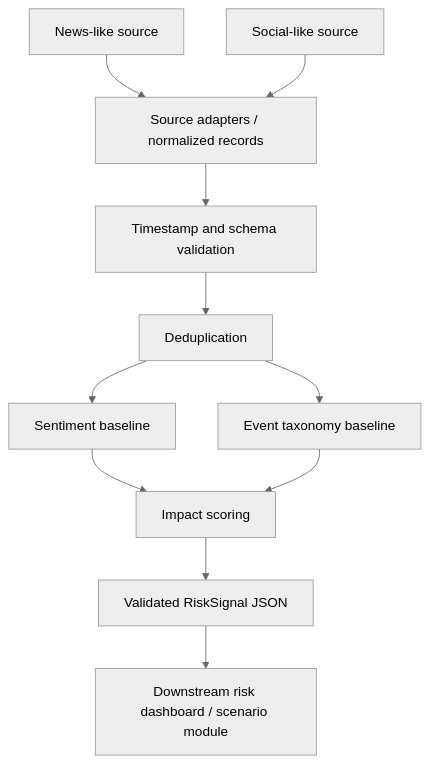
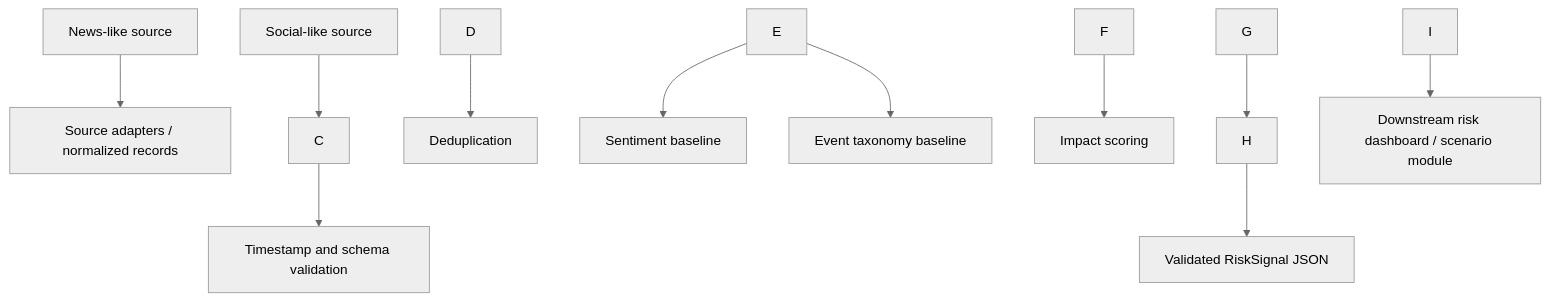
One commit to Tannu-Deswal/IGDTUW-TannuDeswal-hackathon changed the diagram in README.md. Above: the diagram before and after it, drawn with Mermaid (neutral theme). The commit also changed other lines of this file, not shown here.

Commit message:
Document dashboard setup

````diff
--- a/README.md
+++ b/README.md
@@ -13,13 +13,13 @@
 ```mermaid
 flowchart TD
-  A[News-like source] --> C[Source adapters / normalized records]
-  B[Social-like source] --> C
-  C --> D[Timestamp and schema validation]
-  D --> E[Deduplication]
-  E --> F[Sentiment baseline]
-  E --> G[Event taxonomy baseline]
-  F --> H[Impact scoring]
+  A\[News-like source] --> C\[Source adapters / normalized records]
+  B\[Social-like source] --> C
+  C --> D\[Timestamp and schema validation]
+  D --> E\[Deduplication]
+  E --> F\[Sentiment baseline]
+  E --> G\[Event taxonomy baseline]
+  F --> H\[Impact scoring]
   G --> H
-  H --> I[Validated RiskSignal JSON]
-  I --> J[Downstream risk dashboard / scenario module]
+  H --> I\[Validated RiskSignal JSON]
+  I --> J\[Downstream risk dashboard / scenario module]
 ```
````
